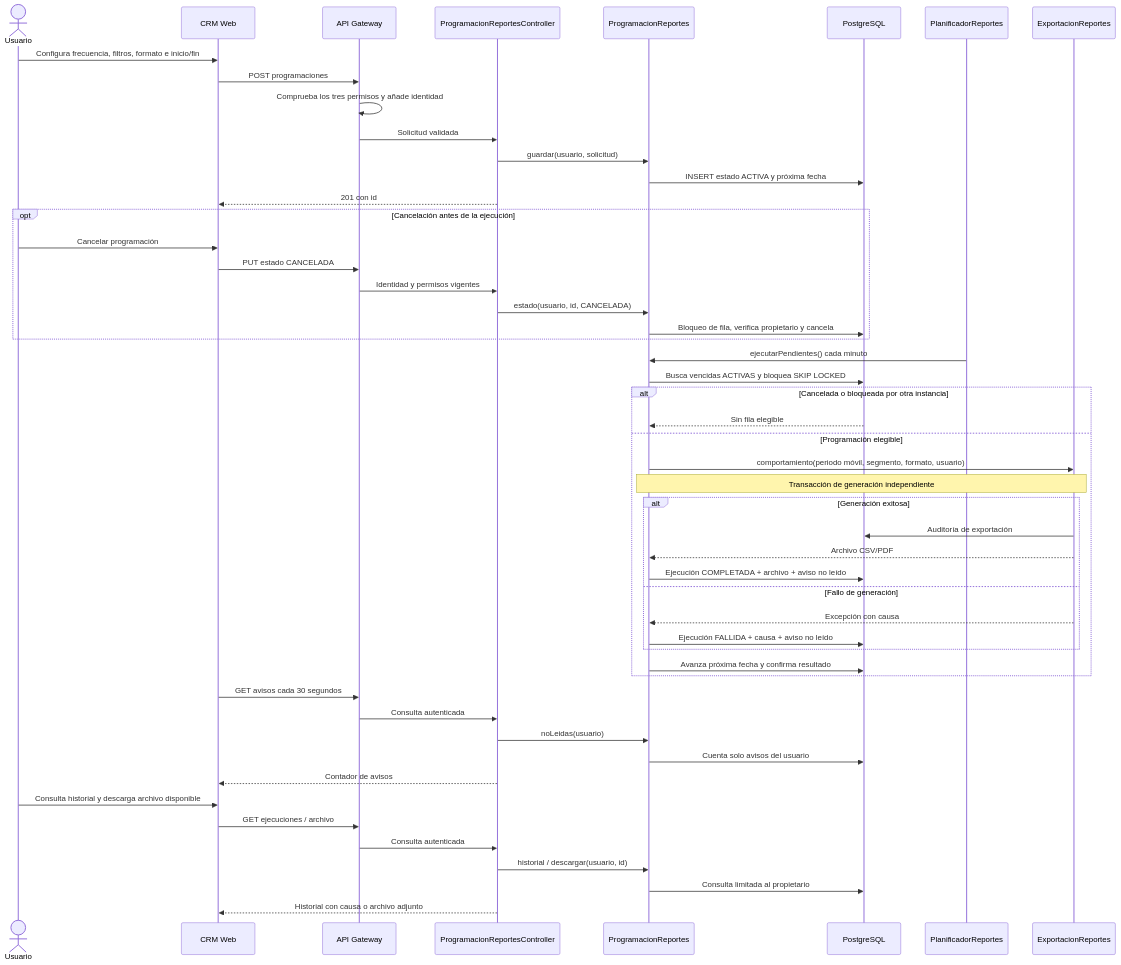
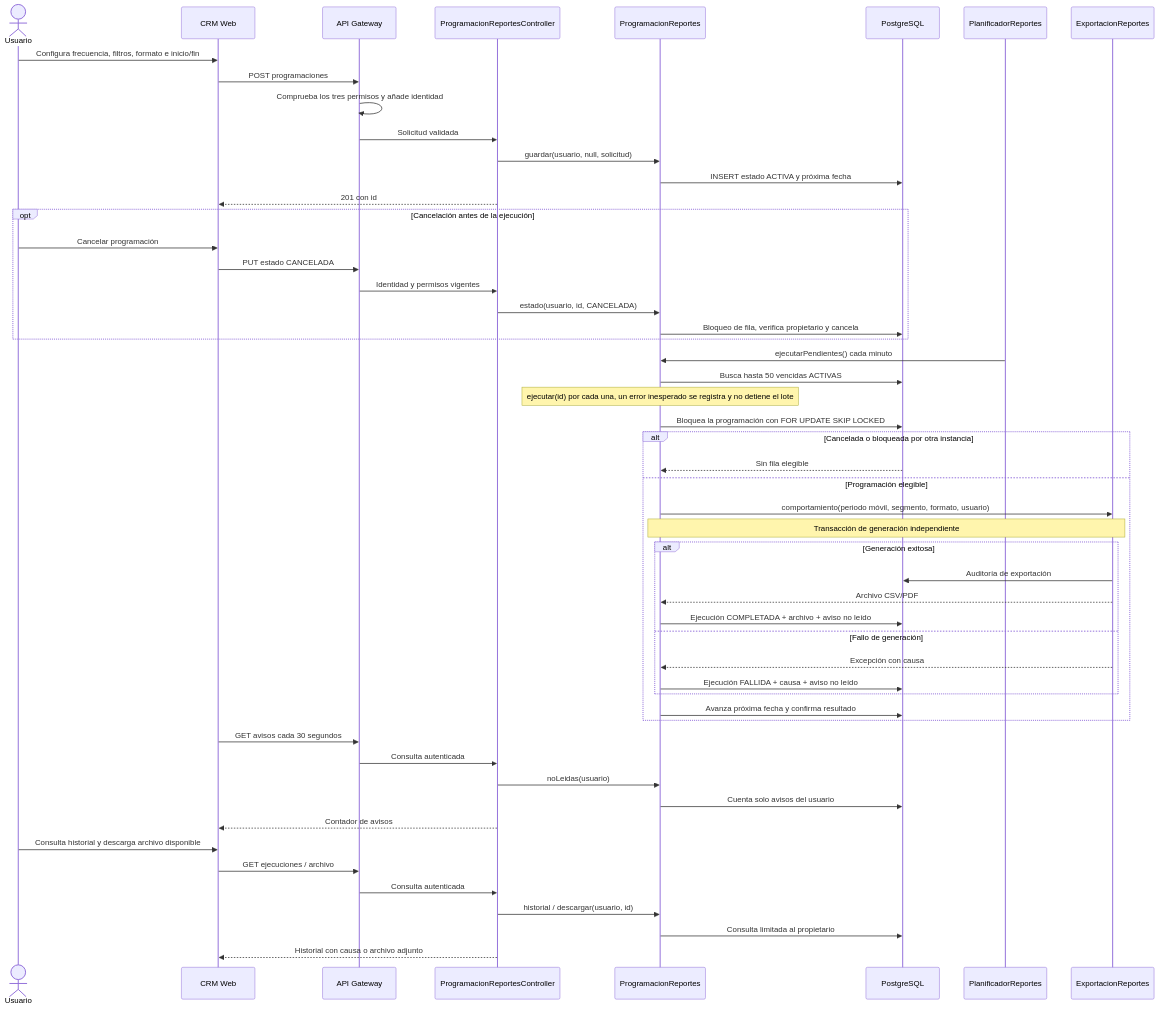
One commit to daniel69zz/equipob-crm changed the second of 2 diagrams in docs/compra/reportes-programados-diagramas.md. Above: the diagram before and after it, drawn with Mermaid. The commit also changed other lines of this file, not shown here.

Commit message:
docs(compra): SCRUM-61 alinear los diagramas de los reportes programados con el codigo

````diff
--- a/docs/compra/reportes-programados-diagramas.md
+++ b/docs/compra/reportes-programados-diagramas.md
@@ -82,53 +86,55 @@
 ```mermaid
 sequenceDiagram
     actor Usuario
     participant UI as CRM Web
     participant GW as API Gateway
     participant API as ProgramacionReportesController
     participant S as ProgramacionReportes
     participant DB as PostgreSQL
     participant P as PlanificadorReportes
     participant E as ExportacionReportes
     Usuario->>UI: Configura frecuencia, filtros, formato e inicio/fin
     UI->>GW: POST programaciones
     GW->>GW: Comprueba los tres permisos y añade identidad
     GW->>API: Solicitud validada
-    API->>S: guardar(usuario, solicitud)
+    API->>S: guardar(usuario, null, solicitud)
     S->>DB: INSERT estado ACTIVA y próxima fecha
     API-->>UI: 201 con id
     opt Cancelación antes de la ejecución
         Usuario->>UI: Cancelar programación
         UI->>GW: PUT estado CANCELADA
         GW->>API: Identidad y permisos vigentes
         API->>S: estado(usuario, id, CANCELADA)
         S->>DB: Bloqueo de fila, verifica propietario y cancela
     end
     P->>S: ejecutarPendientes() cada minuto
-    S->>DB: Busca vencidas ACTIVAS y bloquea SKIP LOCKED
+    S->>DB: Busca hasta 50 vencidas ACTIVAS
+    Note over S: ejecutar(id) por cada una, un error inesperado se registra y no detiene el lote
+    S->>DB: Bloquea la programación con FOR UPDATE SKIP LOCKED
     alt Cancelada o bloqueada por otra instancia
         DB-->>S: Sin fila elegible
     else Programación elegible
         S->>E: comportamiento(periodo móvil, segmento, formato, usuario)
         Note over S,E: Transacción de generación independiente
         alt Generación exitosa
             E->>DB: Auditoría de exportación
             E-->>S: Archivo CSV/PDF
             S->>DB: Ejecución COMPLETADA + archivo + aviso no leído
         else Fallo de generación
             E-->>S: Excepción con causa
             S->>DB: Ejecución FALLIDA + causa + aviso no leído
         end
         S->>DB: Avanza próxima fecha y confirma resultado
     end
     UI->>GW: GET avisos cada 30 segundos
     GW->>API: Consulta autenticada
     API->>S: noLeidas(usuario)
     S->>DB: Cuenta solo avisos del usuario
     API-->>UI: Contador de avisos
     Usuario->>UI: Consulta historial y descarga archivo disponible
     UI->>GW: GET ejecuciones / archivo
     GW->>API: Consulta autenticada
     API->>S: historial / descargar(usuario, id)
     S->>DB: Consulta limitada al propietario
     API-->>UI: Historial con causa o archivo adjunto
 ```
````
